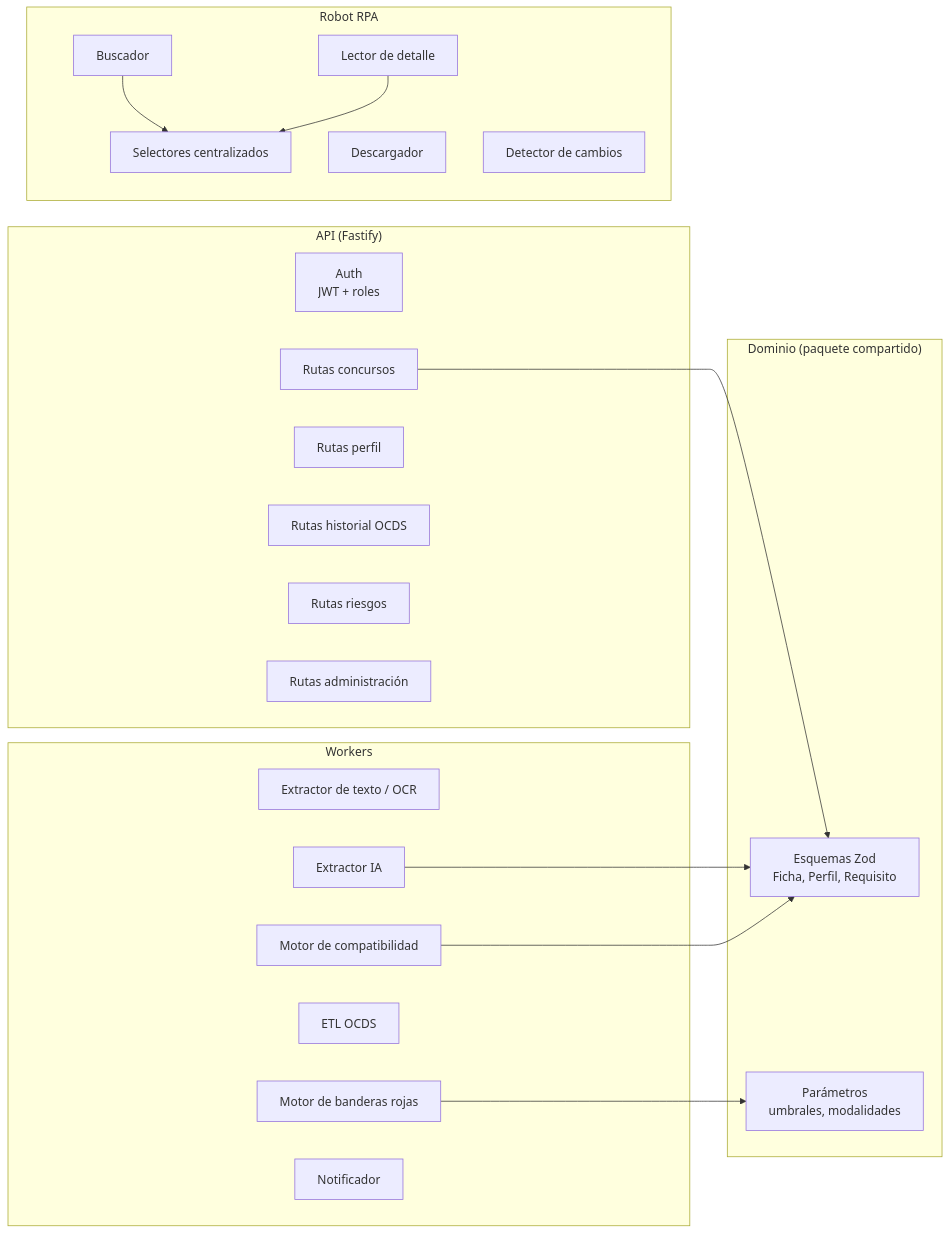
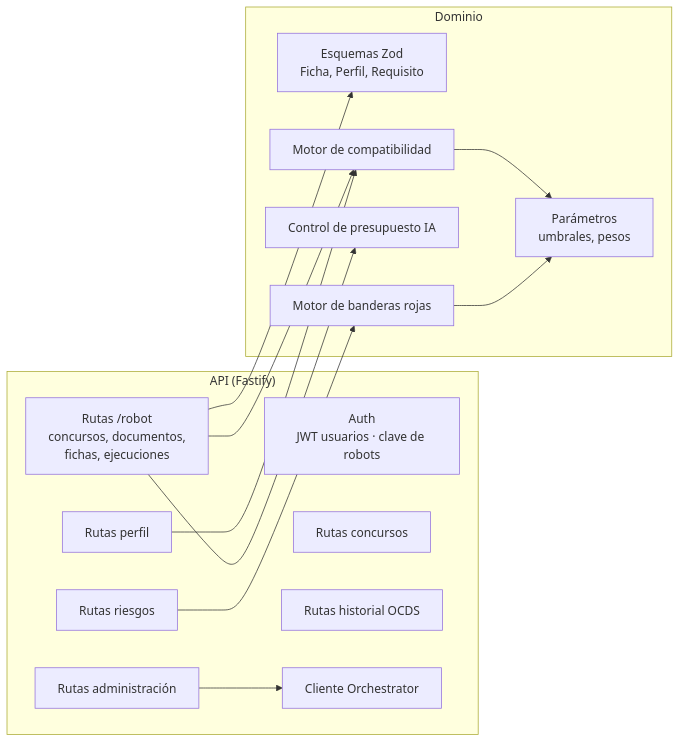
The fourth of 5 diagrams in docs/05-arquitectura.md (DenisArango/GuateComprasRPA), drawn with Mermaid before and after one commit. The commit also changed other lines of this file and 776 other files, not shown here.

````diff
--- a/docs/05-arquitectura.md
+++ b/docs/05-arquitectura.md
@@ -99,40 +160,30 @@
 ```mermaid
 flowchart LR
     subgraph API["API (Fastify)"]
-        AUTH[Auth<br/>JWT + roles]
+        AUTH[Auth<br/>JWT usuarios · clave de robots]
+        R_ROB[Rutas /robot<br/>concursos, documentos,<br/>fichas, ejecuciones]
         R_CON[Rutas concursos]
         R_PER[Rutas perfil]
         R_HIS[Rutas historial OCDS]
         R_RIE[Rutas riesgos]
         R_ADM[Rutas administración]
+        ORCH[Cliente Orchestrator]
     end
 
-    subgraph DOM["Dominio (paquete compartido)"]
+    subgraph DOM["Dominio"]
         SCH[Esquemas Zod<br/>Ficha, Perfil, Requisito]
-        CFG[Parámetros<br/>umbrales, modalidades]
+        COM[Motor de compatibilidad]
+        PRE[Control de presupuesto IA]
+        RIE[Motor de banderas rojas]
+        CFG[Parámetros<br/>umbrales, pesos]
     end
 
-    subgraph WRK["Workers"]
-        W_DOC[Extractor de texto / OCR]
-        W_IA[Extractor IA]
-        W_COM[Motor de compatibilidad]
-        W_OCDS[ETL OCDS]
-        W_RIE[Motor de banderas rojas]
-        W_NOT[Notificador]
-    end
-
-    subgraph BOT["Robot RPA"]
-        B_SRCH[Buscador]
-        B_DET[Lector de detalle]
-        B_DL[Descargador]
-        B_CHG[Detector de cambios]
-        B_SEL[Selectores centralizados]
-    end
-
-    R_CON --> SCH
-    W_IA --> SCH
-    W_COM --> SCH
-    W_RIE --> CFG
-    B_SRCH --> B_SEL
-    B_DET --> B_SEL
+    R_ROB --> SCH
+    R_ROB --> COM
+    R_ROB --> PRE
+    R_PER --> COM
+    R_RIE --> RIE
+    COM --> CFG
+    RIE --> CFG
+    R_ADM --> ORCH
 ```
````
